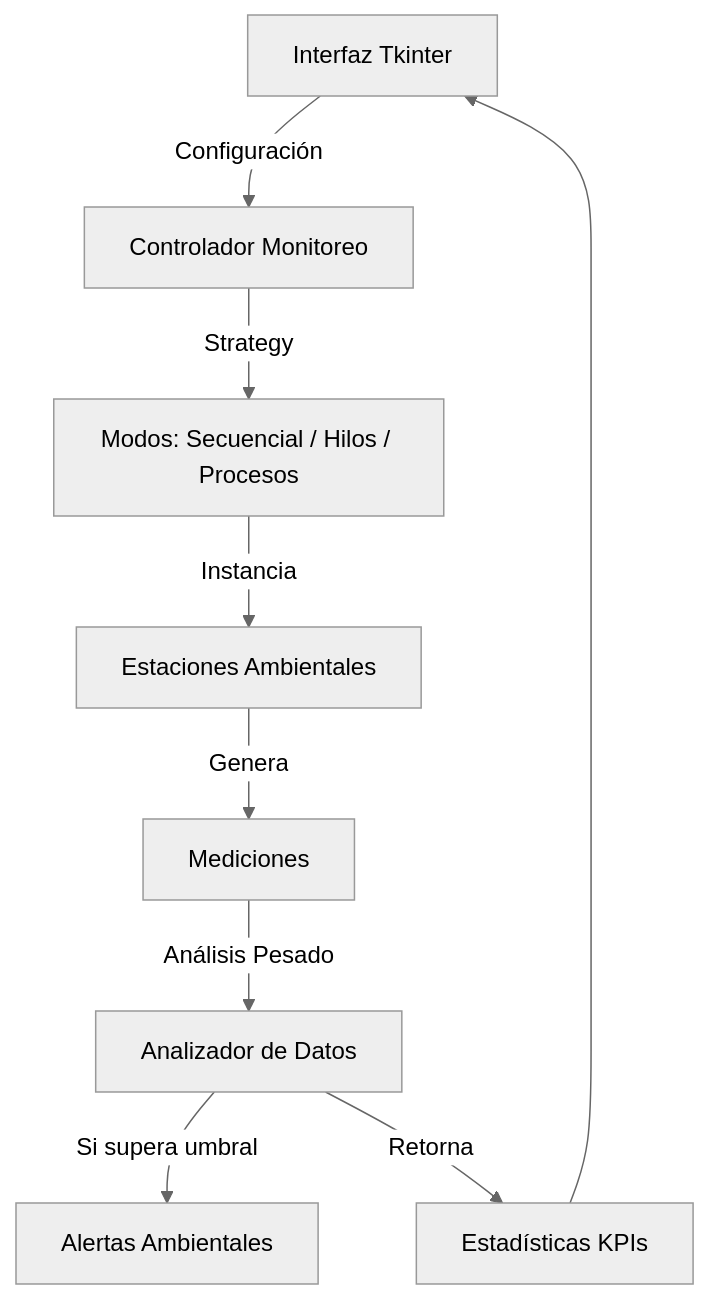
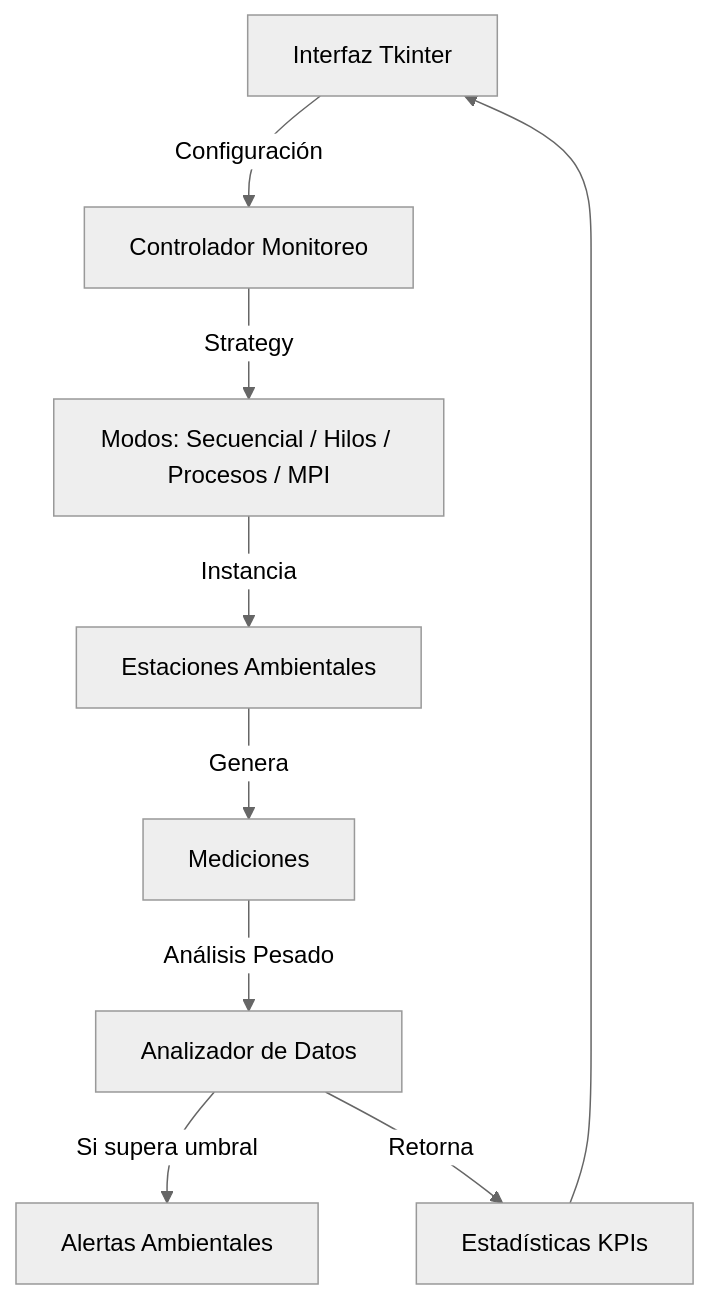
The diagram in README.md (KarenS22/Simulador-Ambiental), drawn with Mermaid (neutral theme) before and after one commit. The commit also changed other lines of this file and 4 other files, not shown here.

````diff
--- a/README.md
+++ b/README.md
@@ -52,11 +104,11 @@
 ```mermaid
 graph TD
     UI[Interfaz Tkinter] -->|Configuración| Ctrl[Controlador Monitoreo]
-    Ctrl -->|Strategy| M[Modos: Secuencial / Hilos / Procesos]
+    Ctrl -->|Strategy| M[Modos: Secuencial / Hilos / Procesos / MPI]
     M -->|Instancia| Est[Estaciones Ambientales]
     Est -->|Genera| Med[Mediciones]
     Med -->|Análisis Pesado| Ana[Analizador de Datos]
     Ana -->|Si supera umbral| Ale[Alertas Ambientales]
     Ana -->|Retorna| Stats[Estadísticas KPIs]
     Stats --> UI
 ```
````
